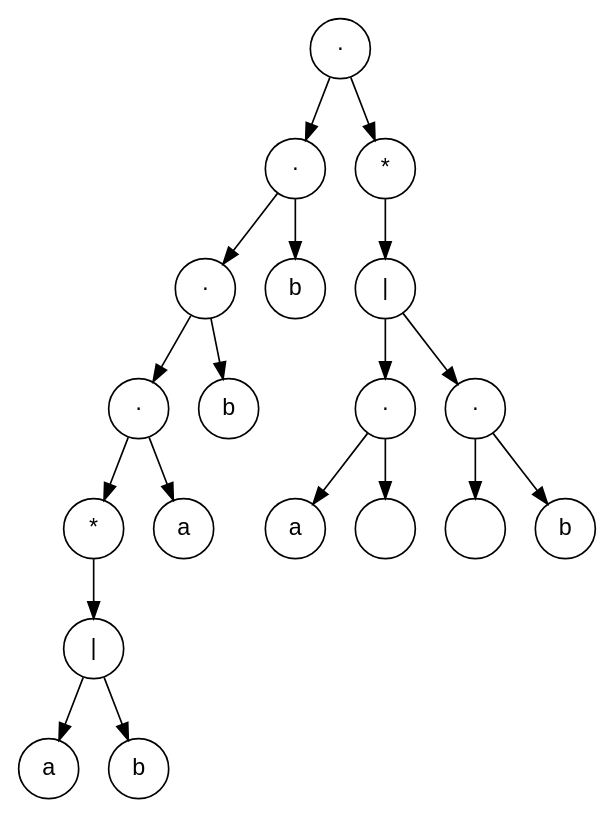
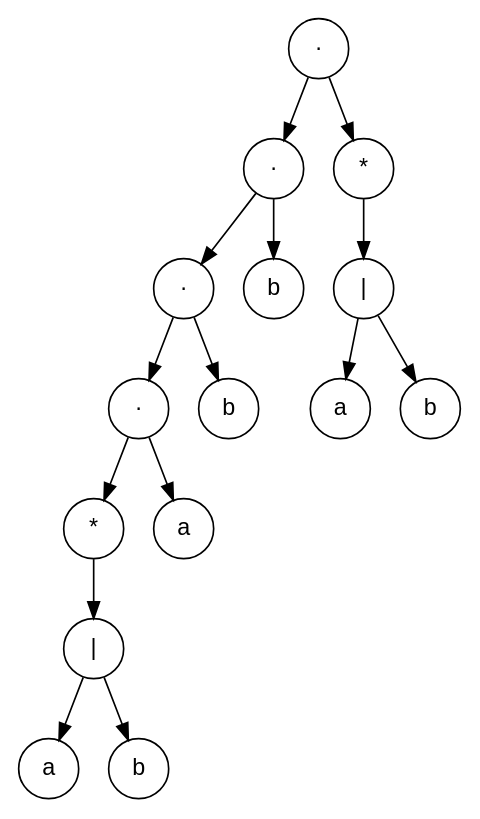
One commit to oscarligo/CC2019-LAB4 changed the diagram in trees/expression_03.dot. Above: the diagram before and after it, drawn with Graphviz. The commit also changed 6 other files, not shown here.

```diff
--- a/trees/expression_03.dot
+++ b/trees/expression_03.dot
@@ -1,41 +1,33 @@
 digraph SyntaxTree {
   rankdir=TB;
   node [shape=circle, fontname=Helvetica];
   n0 [label="·"];
   n1 [label="·"];
   n2 [label="·"];
   n3 [label="·"];
   n4 [label="*"];
   n5 [label="|"];
   n6 [label="a"];
   n5 -> n6;
   n7 [label="b"];
   n5 -> n7;
   n4 -> n5;
   n3 -> n4;
   n8 [label="a"];
   n3 -> n8;
   n2 -> n3;
   n9 [label="b"];
   n2 -> n9;
   n1 -> n2;
   n10 [label="b"];
   n1 -> n10;
   n0 -> n1;
   n11 [label="*"];
   n12 [label="|"];
-  n13 [label="·"];
-  n14 [label="a"];
-  n13 -> n14;
-  n15 [label=" "];
-  n13 -> n15;
+  n13 [label="a"];
   n12 -> n13;
-  n16 [label="·"];
-  n17 [label=" "];
-  n16 -> n17;
-  n18 [label="b"];
-  n16 -> n18;
-  n12 -> n16;
+  n14 [label="b"];
+  n12 -> n14;
   n11 -> n12;
   n0 -> n11;
 }
```
